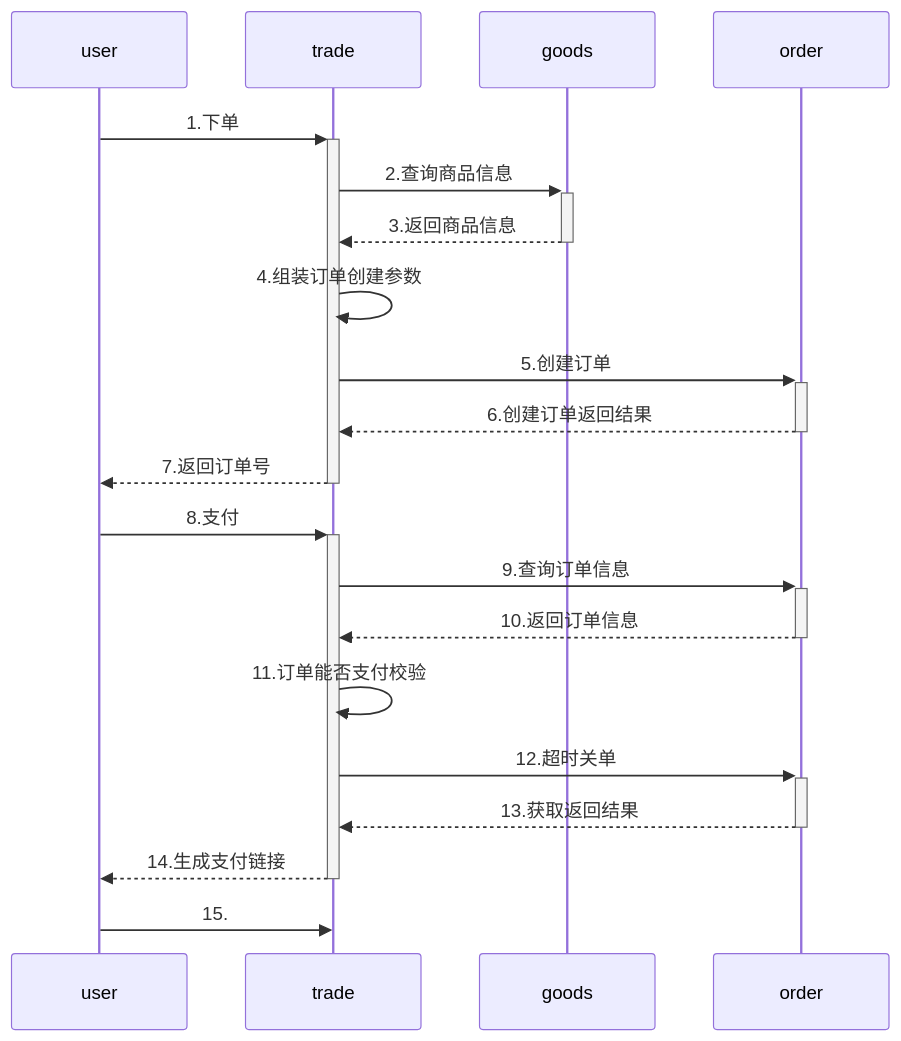
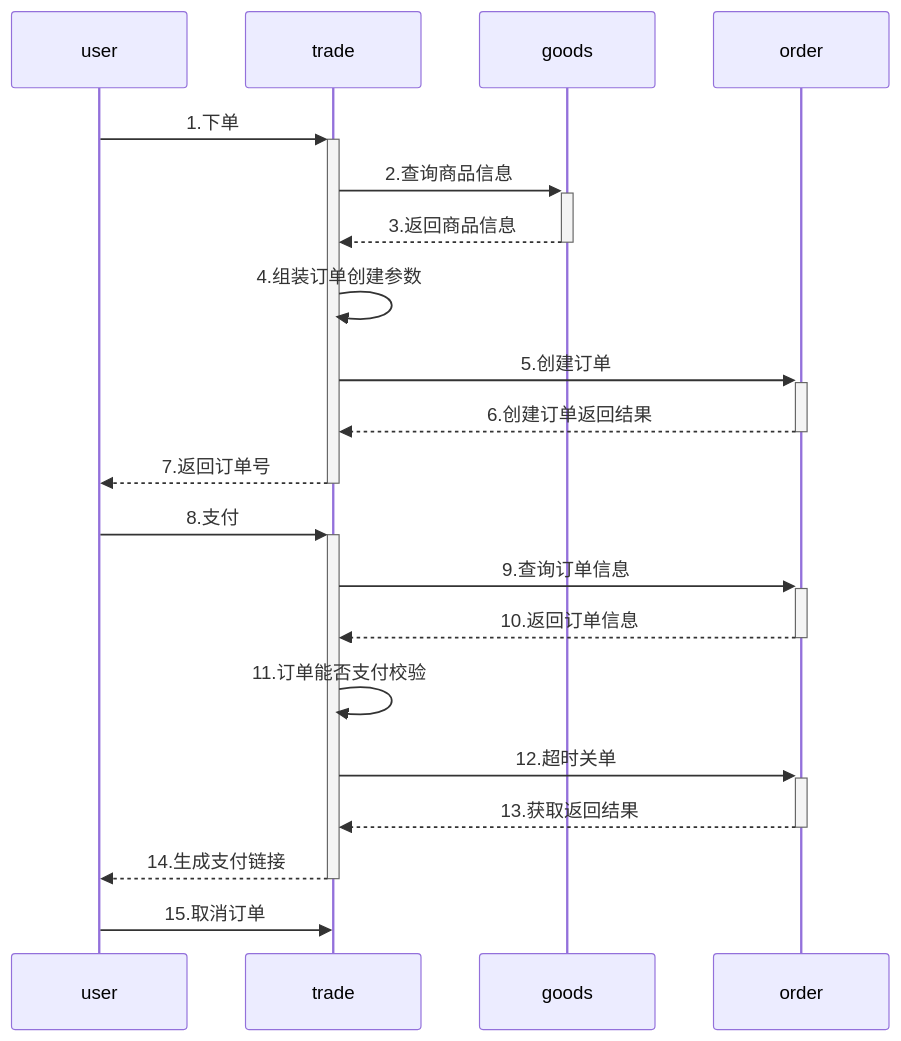
One commit to yingjianzh/iodraw-files changed the diagram in all/未命名-6.md. Above: the diagram before and after it, drawn with Mermaid.

Commit message:
2024-08-19 15:49:50 update

````diff
--- a/all/未命名-6.md
+++ b/all/未命名-6.md
@@ -1,18 +1,19 @@
 ```mermaid
 sequenceDiagram
     user->>+trade: 1.下单
     trade->>+goods: 2.查询商品信息
     goods-->>-trade: 3.返回商品信息
     trade->>trade: 4.组装订单创建参数
     trade->>+order: 5.创建订单
     order-->>-trade: 6.创建订单返回结果
     trade-->>-user: 7.返回订单号
     user->>+trade: 8.支付
     trade->>+order: 9.查询订单信息
     order-->>-trade: 10.返回订单信息
     trade->>trade: 11.订单能否支付校验
     trade->>+order: 12.超时关单
     order-->>-trade: 13.获取返回结果
     trade-->>-user: 14.生成支付链接
-    user->>trade: 15.
+    user->>trade: 15.取消订单
+    
 ```
````
